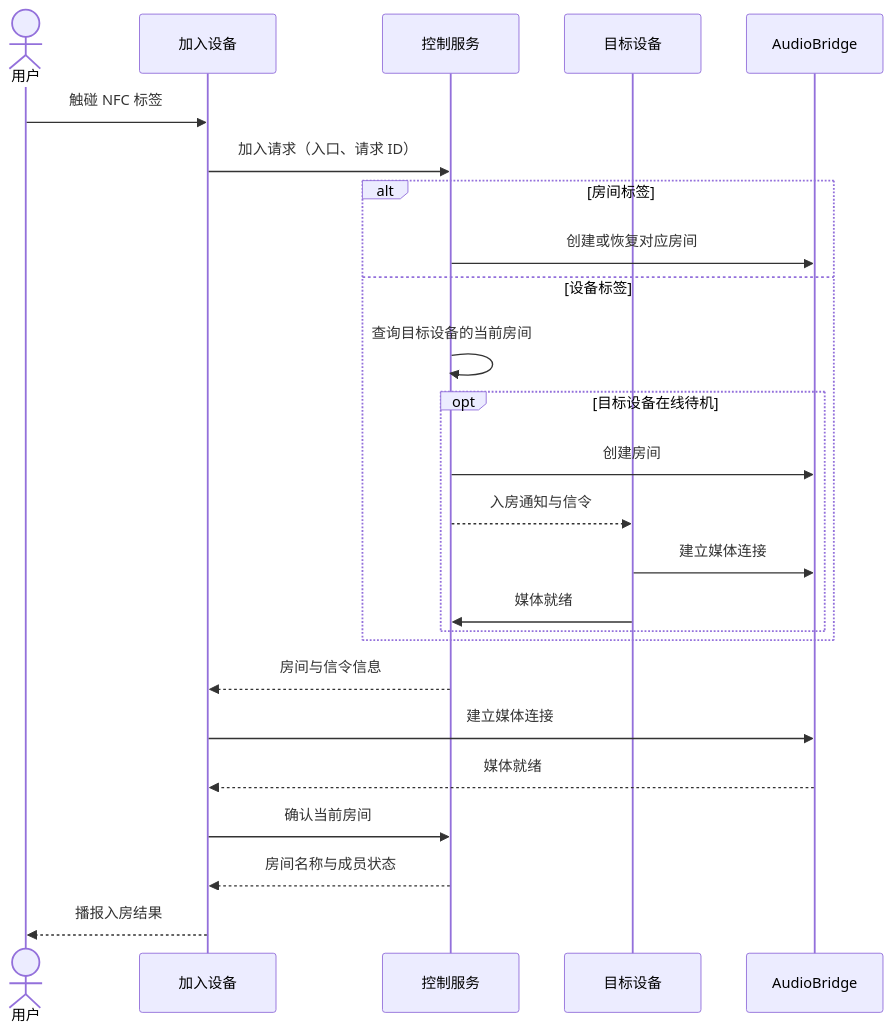
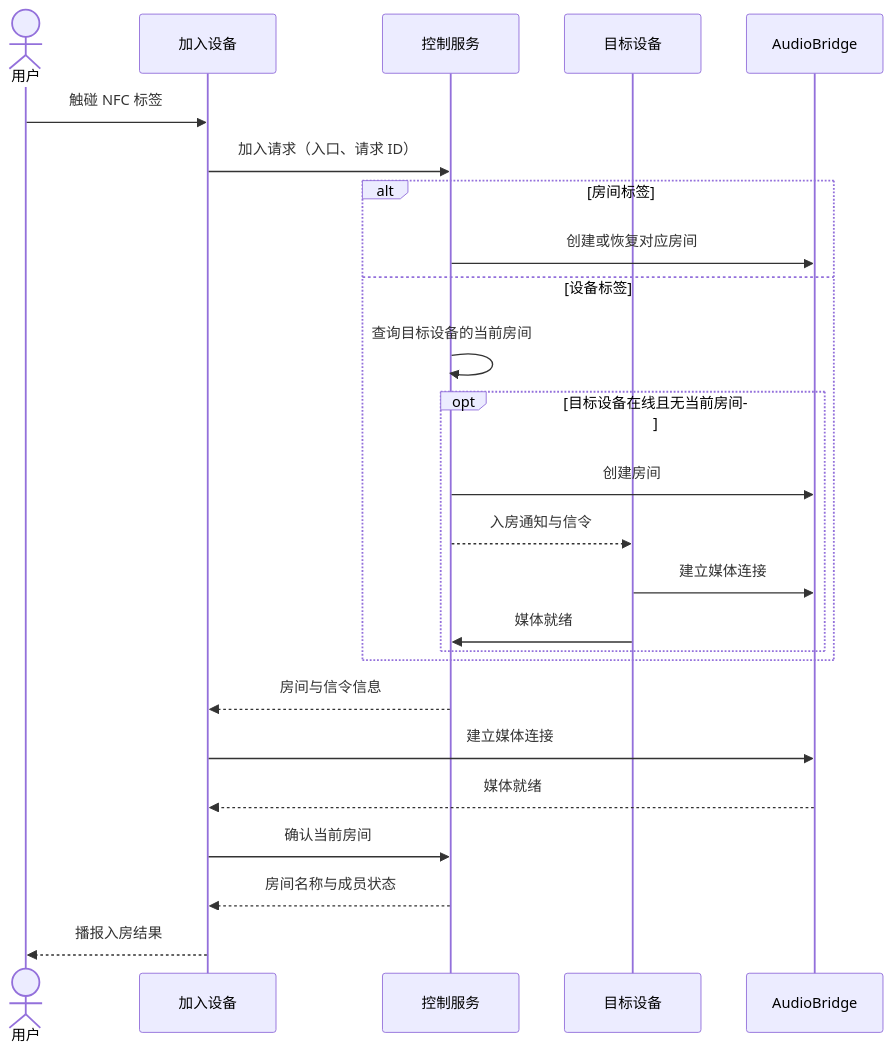
One commit to Shi1xin/linx-intercom changed the third of 7 diagrams in docs/architecture-design.md. Above: the diagram before and after it, drawn with Mermaid. The commit also changed 2 other files, not shown here.

Commit message:
docs: 对齐 NFC 切换行为并简化协作约定

````diff
--- a/docs/architecture-design.md
+++ b/docs/architecture-design.md
@@ -79,27 +79,27 @@
 ```mermaid
 sequenceDiagram
     actor U as 用户
     participant D as 加入设备
     participant C as 控制服务
     participant P as 目标设备
     participant J as AudioBridge
     U->>D: 触碰 NFC 标签
     D->>C: 加入请求（入口、请求 ID）
     alt 房间标签
         C->>J: 创建或恢复对应房间
     else 设备标签
         C->>C: 查询目标设备的当前房间
-        opt 目标设备在线待机
+        opt 目标设备在线且无当前房间
             C->>J: 创建房间
             C-->>P: 入房通知与信令
             P->>J: 建立媒体连接
             P->>C: 媒体就绪
         end
     end
     C-->>D: 房间与信令信息
     D->>J: 建立媒体连接
     J-->>D: 媒体就绪
     D->>C: 确认当前房间
     C-->>D: 房间名称与成员状态
     D-->>U: 播报入房结果
 ```
````
